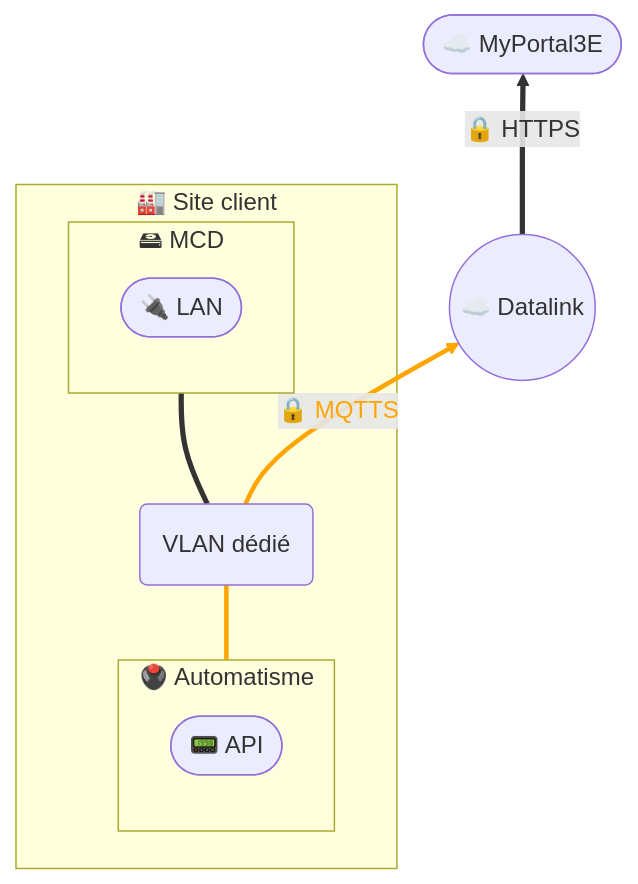
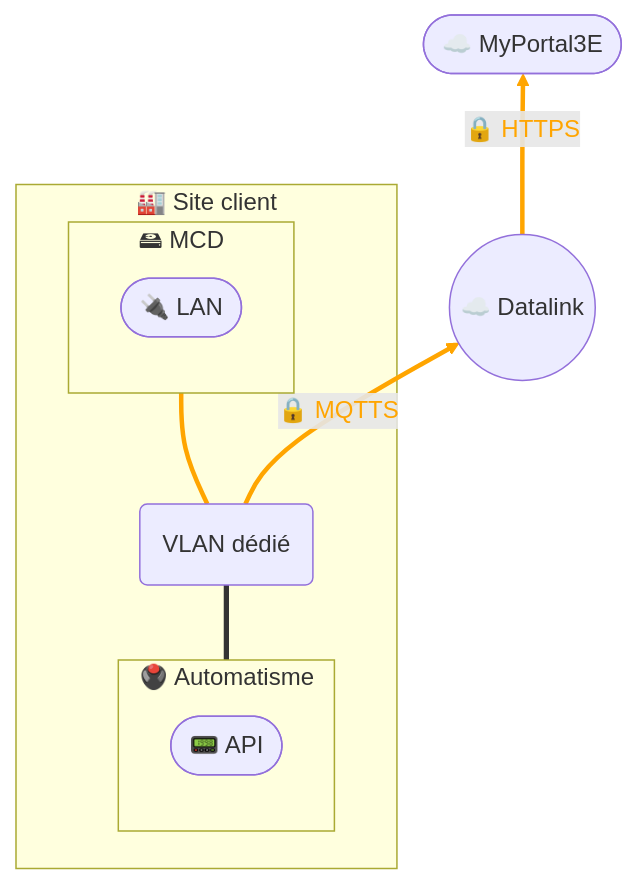
The first of 2 diagrams in docs/data/Collecte de données - MCD.md (JohannPx/network-architectures), drawn with Mermaid before and after one commit.

Commit message:
upadate md

````diff
--- a/docs/data/Collecte de données - MCD.md
+++ b/docs/data/Collecte de données - MCD.md
@@ -5,24 +5,25 @@
 ```mermaid
 flowchart BT
 
     subgraph site [🏭 Site client]
         subgraph automation [🖲️ Automatisme]
             plc([📟 API])
         end
 
         vlan(VLAN dédié)
         
         subgraph mcd [🖴 MCD]
             mcdLan([🔌 LAN])
         end
     end
 
     myportal3e((☁️ MyPortal3E))
 
     vlan == 🔒 MQTTS ==> datalink((☁️ Datalink)) == 🔒 HTTPS ==> myportal3e([☁️ MyPortal3E])
     automation === vlan
     vlan === mcd
     
     linkStyle 0 stroke:orange,stroke-width:3px,color:orange;
-    linkStyle 2 stroke:orange,stroke-width:3px,color:orange;
+    linkStyle 1 stroke:orange,stroke-width:3px,color:orange;
+    linkStyle 3 stroke:orange,stroke-width:3px,color:orange;
 ```
````
